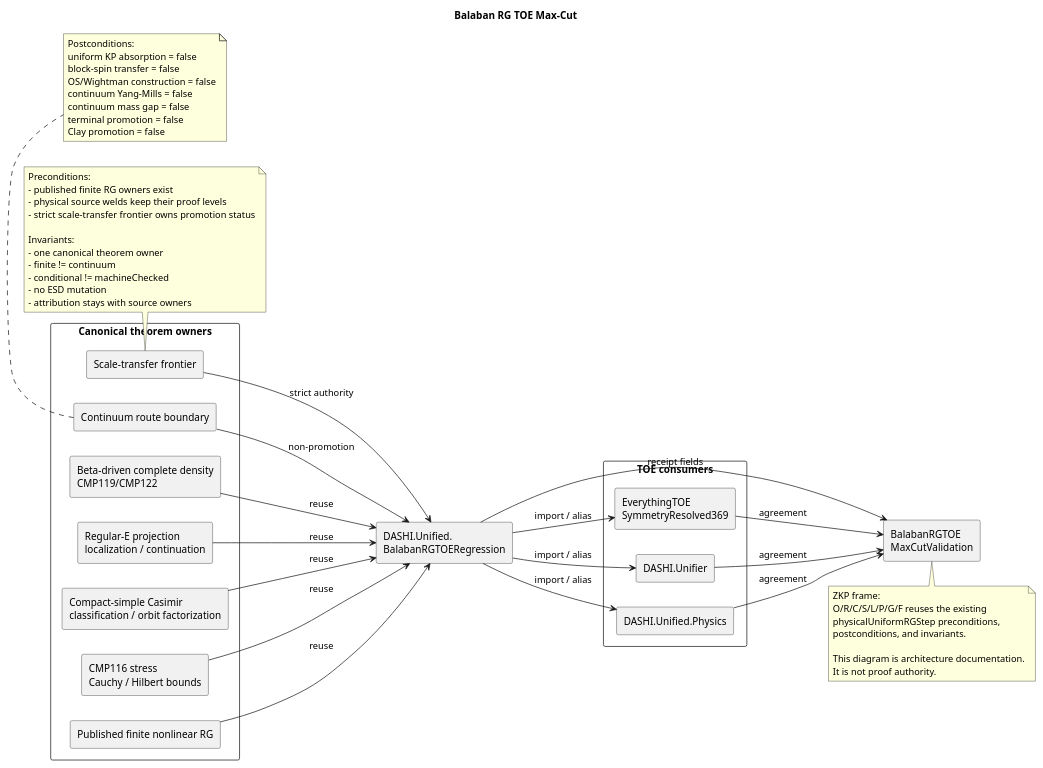
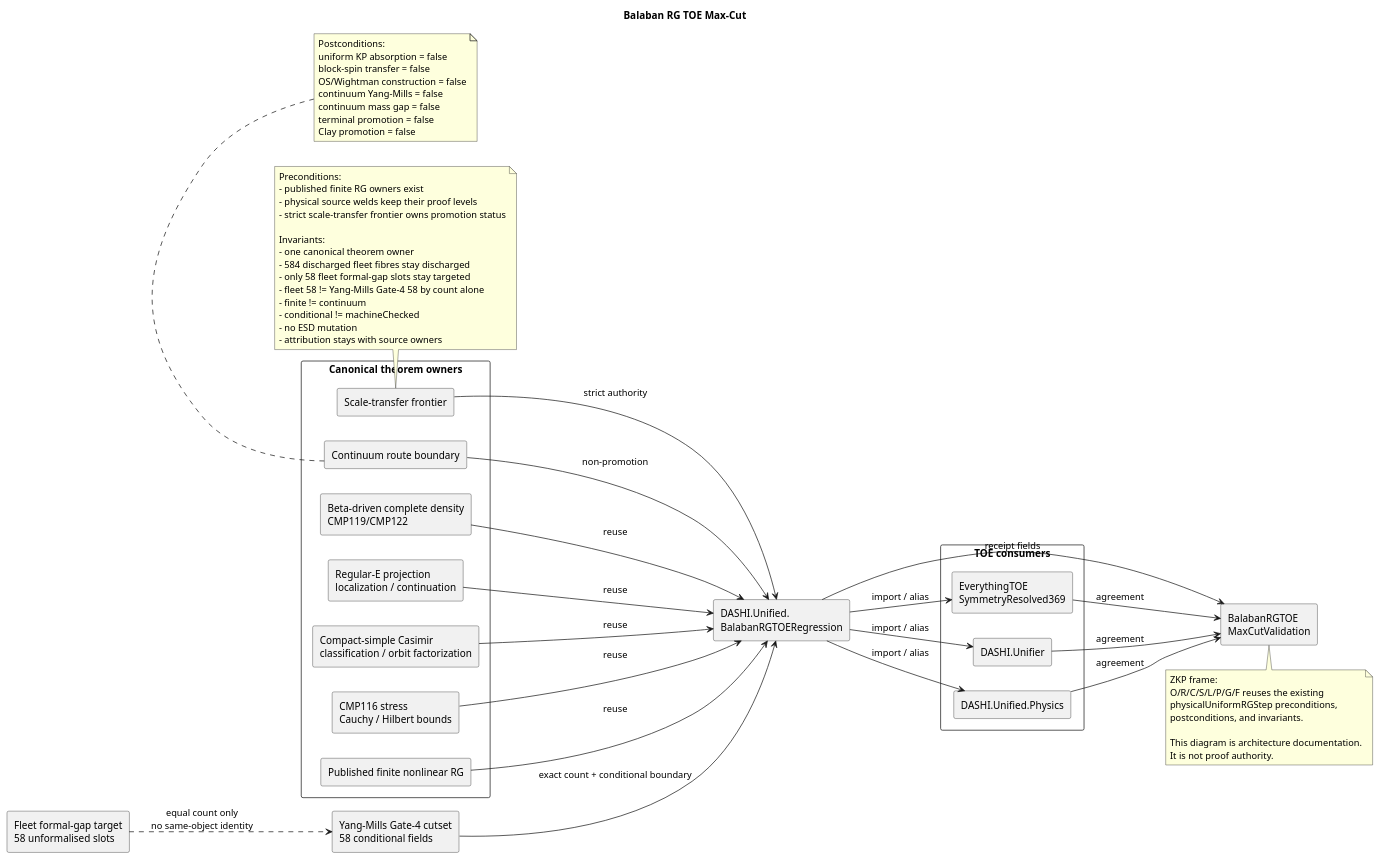
One commit to chboishabba/dashi_agda changed the diagram in Docs/diagrams/BalabanRGTOEMaxCut.puml. Above: the diagram before and after it, drawn with PlantUML.

Commit message:
Docs YM: distinguish fleet-58 target from Gate-4-58

```diff
--- a/Docs/diagrams/BalabanRGTOEMaxCut.puml
+++ b/Docs/diagrams/BalabanRGTOEMaxCut.puml
@@ -1,81 +1,88 @@
 @startuml
 title Balaban RG TOE Max-Cut
 
 left to right direction
 skinparam componentStyle rectangle
 skinparam packageStyle rectangle
 skinparam shadowing false
 
 package "Canonical theorem owners" {
   component "Beta-driven complete density\nCMP119/CMP122" as Density
   component "Regular-E projection\nlocalization / continuation" as RegularE
   component "Compact-simple Casimir\nclassification / orbit factorization" as Casimir
   component "CMP116 stress\nCauchy / Hilbert bounds" as Stress
   component "Published finite nonlinear RG" as PublishedRG
   component "Scale-transfer frontier" as Frontier
   component "Continuum route boundary" as Continuum
 }
 
 component "DASHI.Unified.\nBalabanRGTOERegression" as Normalized
 
 package "TOE consumers" {
   component "EverythingTOE\nSymmetryResolved369" as TOE
   component "DASHI.Unifier" as Unifier
   component "DASHI.Unified.Physics" as Physics
 }
 
 component "BalabanRGTOE\nMaxCutValidation" as Validation
+component "Yang-Mills Gate-4 cutset\n58 conditional fields" as Gate4
+component "Fleet formal-gap target\n58 unformalised slots" as Fleet58
 
 Density --> Normalized : reuse
 RegularE --> Normalized : reuse
 Casimir --> Normalized : reuse
 Stress --> Normalized : reuse
 PublishedRG --> Normalized : reuse
 Frontier --> Normalized : strict authority
 Continuum --> Normalized : non-promotion
 
 Normalized --> TOE : import / alias
 Normalized --> Unifier : import / alias
 Normalized --> Physics : import / alias
 
 TOE --> Validation : agreement
 Unifier --> Validation : agreement
 Physics --> Validation : agreement
 Normalized --> Validation : receipt fields
+Gate4 --> Normalized : exact count + conditional boundary
+Fleet58 ..> Gate4 : equal count only\nno same-object identity
 
 note bottom of Frontier
 Preconditions:
 - published finite RG owners exist
 - physical source welds keep their proof levels
 - strict scale-transfer frontier owns promotion status
 
 Invariants:
 - one canonical theorem owner
+- 584 discharged fleet fibres stay discharged
+- only 58 fleet formal-gap slots stay targeted
+- fleet 58 != Yang-Mills Gate-4 58 by count alone
 - finite != continuum
 - conditional != machineChecked
 - no ESD mutation
 - attribution stays with source owners
 end note
 
 note bottom of Continuum
 Postconditions:
 uniform KP absorption = false
 block-spin transfer = false
 OS/Wightman construction = false
 continuum Yang-Mills = false
 continuum mass gap = false
 terminal promotion = false
 Clay promotion = false
 end note
 
 note bottom of Validation
 ZKP frame:
 O/R/C/S/L/P/G/F reuses the existing
 physicalUniformRGStep preconditions,
 postconditions, and invariants.
 
 This diagram is architecture documentation.
 It is not proof authority.
 end note
 
 @enduml
```
